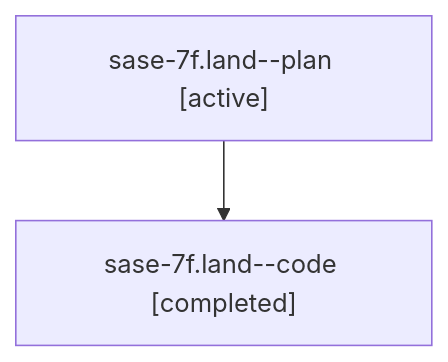
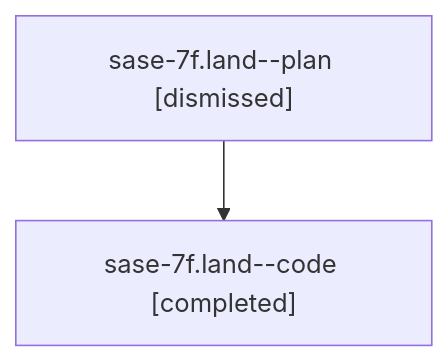
Before and after one commit to sase-org/sase--agents: the diagram in sessions/bbugyi200.athena.sase-7f.land.md, drawn with Mermaid. The commit also changed other lines of this file and 61 other files, not shown here.

````diff
--- a/sessions/bbugyi200.athena.sase-7f.land.md
+++ b/sessions/bbugyi200.athena.sase-7f.land.md
@@ -9,6 +9,6 @@
 ```mermaid
 flowchart TD
-  n0["sase-7f.land--plan [active]"]
+  n0["sase-7f.land--plan [dismissed]"]
   n1["sase-7f.land--code [completed]"]
   n0 --> n1
 ```
````
